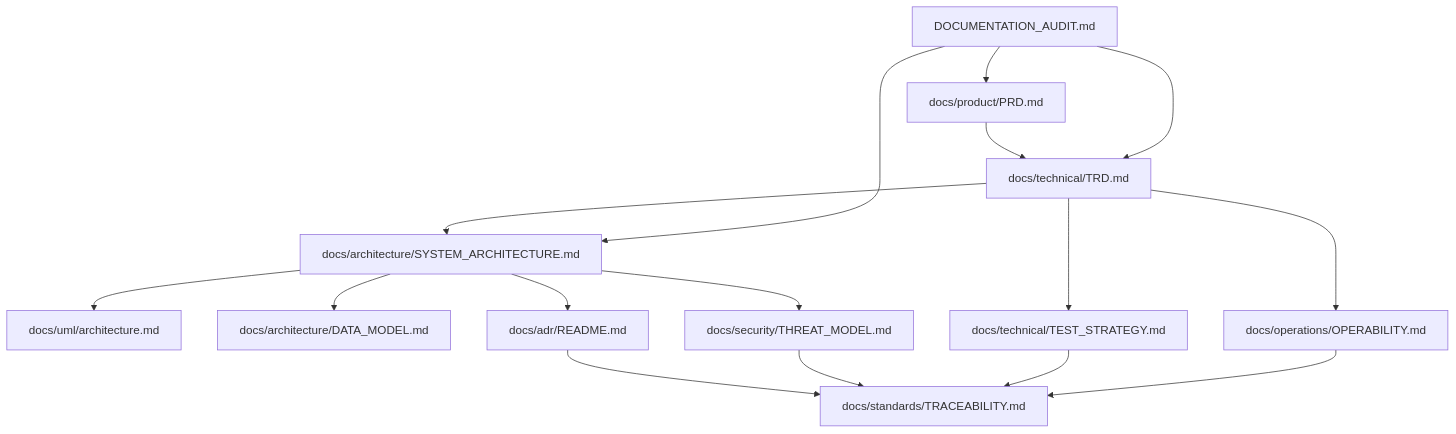
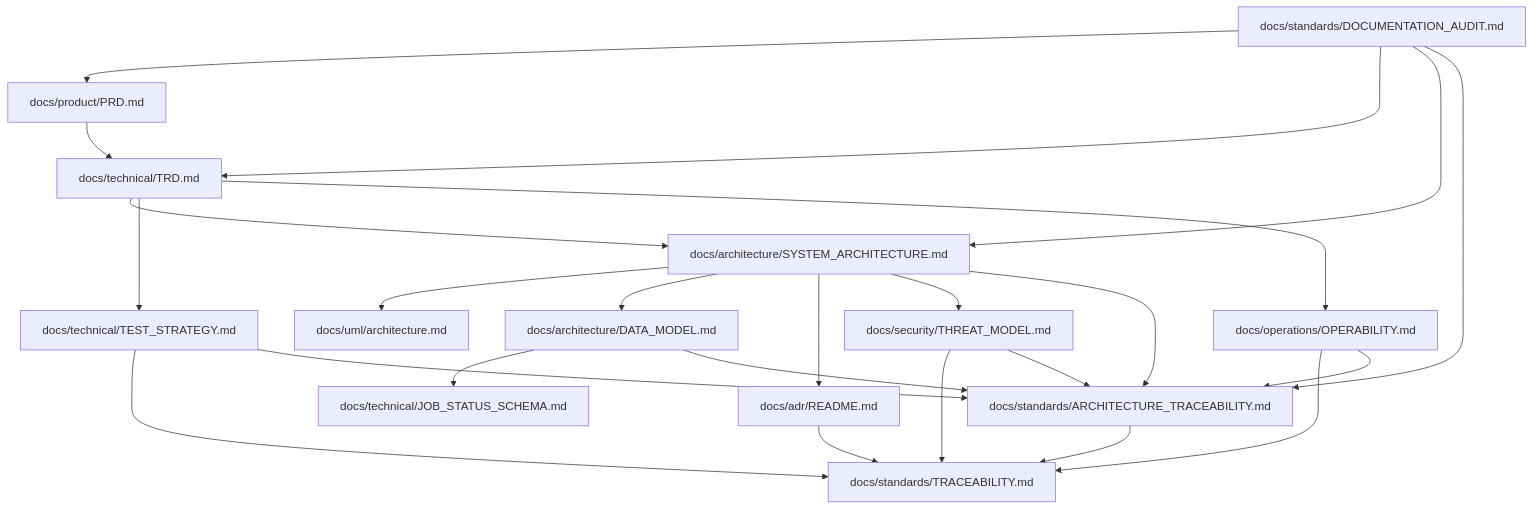
Before and after one commit to ContextualWisdomLab/four-pillars: the diagram in docs/standards/DOCUMENTATION_AUDIT.md, drawn with Mermaid. The commit also changed other lines of this file, not shown here.

Commit message:
docs: align documentation maturity and traceability graph

````diff
--- a/docs/standards/DOCUMENTATION_AUDIT.md
+++ b/docs/standards/DOCUMENTATION_AUDIT.md
@@ -60,30 +64,40 @@
 ```mermaid
 flowchart TB
     PRD[docs/product/PRD.md]
     TRD[docs/technical/TRD.md]
     ARCH[docs/architecture/SYSTEM_ARCHITECTURE.md]
     UML[docs/uml/architecture.md]
     DATA[docs/architecture/DATA_MODEL.md]
+    STATUS[docs/technical/JOB_STATUS_SCHEMA.md]
     ADR[docs/adr/README.md]
     THREAT[docs/security/THREAT_MODEL.md]
     TEST[docs/technical/TEST_STRATEGY.md]
     OPS[docs/operations/OPERABILITY.md]
     TRACE[docs/standards/TRACEABILITY.md]
-    AUDIT[DOCUMENTATION_AUDIT.md]
+    ATRACE[docs/standards/ARCHITECTURE_TRACEABILITY.md]
+    AUDIT[docs/standards/DOCUMENTATION_AUDIT.md]
 
     PRD --> TRD
     TRD --> ARCH
     ARCH --> UML
     ARCH --> DATA
+    DATA --> STATUS
     ARCH --> ADR
     ARCH --> THREAT
     TRD --> TEST
     TRD --> OPS
     ADR --> TRACE
     THREAT --> TRACE
     TEST --> TRACE
     OPS --> TRACE
+    ARCH --> ATRACE
+    DATA --> ATRACE
+    THREAT --> ATRACE
+    TEST --> ATRACE
+    OPS --> ATRACE
+    ATRACE --> TRACE
     AUDIT --> PRD
     AUDIT --> TRD
     AUDIT --> ARCH
+    AUDIT --> ATRACE
 ```
````
